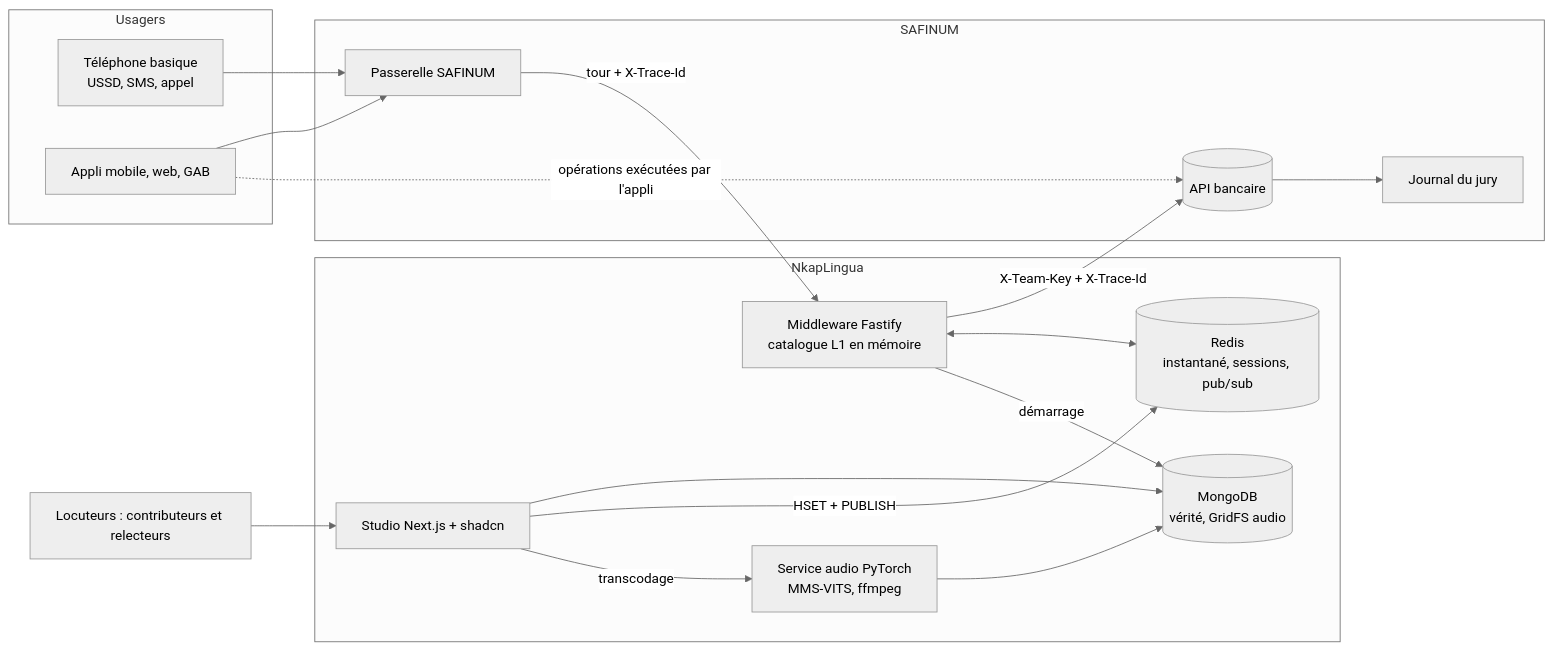
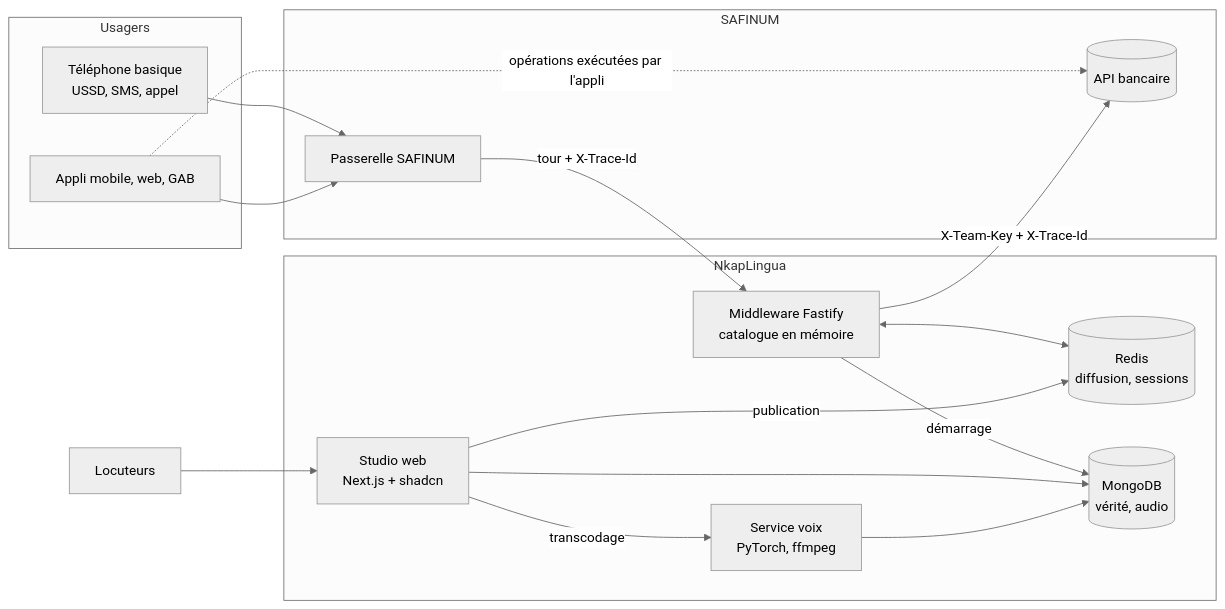
The first of 8 diagrams in docs/ARCHITECTURE.md (junguck/nkaplingua), drawn with Mermaid (neutral theme) before and after one commit. The commit also changed other lines of this file and 51 other files, not shown here.

````diff
--- a/docs/ARCHITECTURE.md
+++ b/docs/ARCHITECTURE.md
@@ -9,34 +13,32 @@
 ```mermaid
 flowchart LR
     subgraph Usagers
         U1[Téléphone basique<br/>USSD, SMS, appel]
         U2[Appli mobile, web, GAB]
     end
     subgraph SAFINUM
         GW[Passerelle SAFINUM]
         BANK[(API bancaire)]
-        JURY[Journal du jury]
     end
     subgraph NkapLingua
-        MW[Middleware Fastify<br/>catalogue L1 en mémoire]
-        R[(Redis<br/>instantané, sessions, pub/sub)]
-        M[(MongoDB<br/>vérité, GridFS audio)]
-        TTS[Service audio PyTorch<br/>MMS-VITS, ffmpeg]
-        ST[Studio Next.js + shadcn]
+        MW[Middleware Fastify<br/>catalogue en mémoire]
+        R[(Redis<br/>diffusion, sessions)]
+        M[(MongoDB<br/>vérité, audio)]
+        TTS[Service voix<br/>PyTorch, ffmpeg]
+        ST[Studio web<br/>Next.js + shadcn]
     end
-    LOC[Locuteurs : contributeurs et relecteurs]
+    LOC[Locuteurs]
 
     U1 --> GW
     U2 --> GW
     GW -- tour + X-Trace-Id --> MW
     MW -- X-Team-Key + X-Trace-Id --> BANK
-    BANK --> JURY
     U2 -. opérations exécutées par l'appli .-> BANK
     MW <--> R
     MW -- démarrage --> M
     LOC --> ST
     ST --> M
-    ST -- HSET + PUBLISH --> R
+    ST -- publication --> R
     ST -- transcodage --> TTS
     TTS --> M
 ```
````
